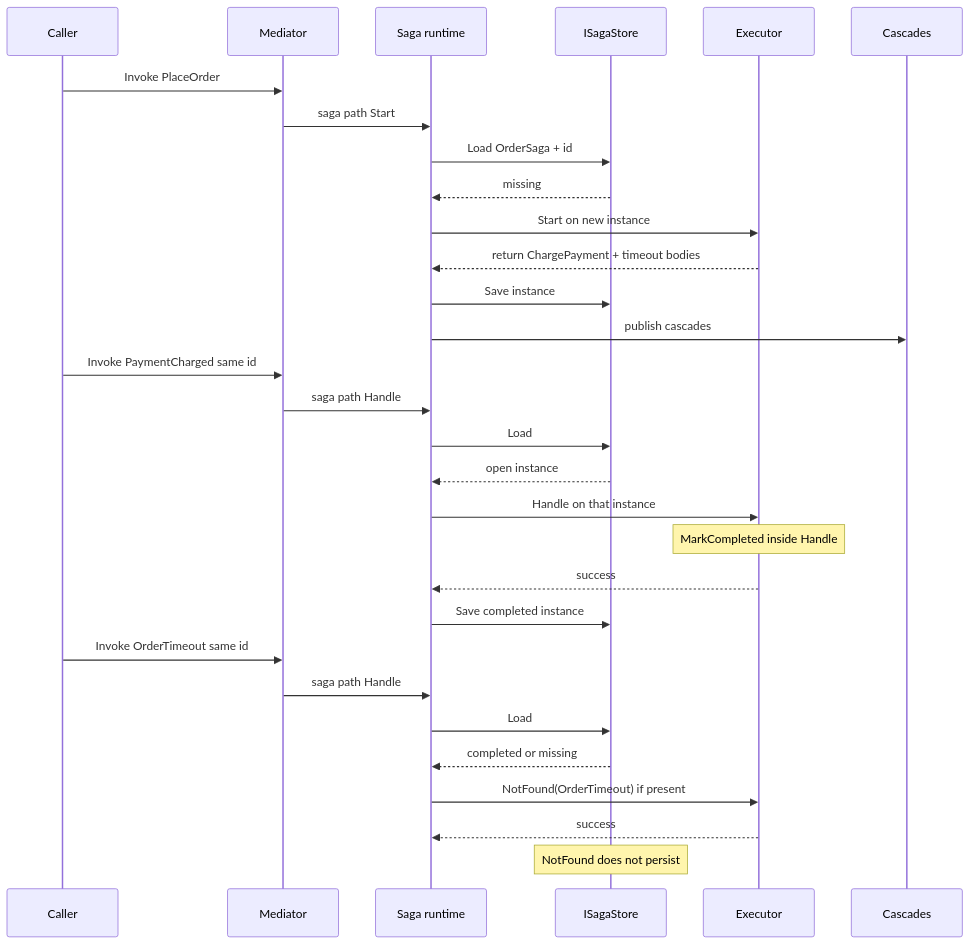
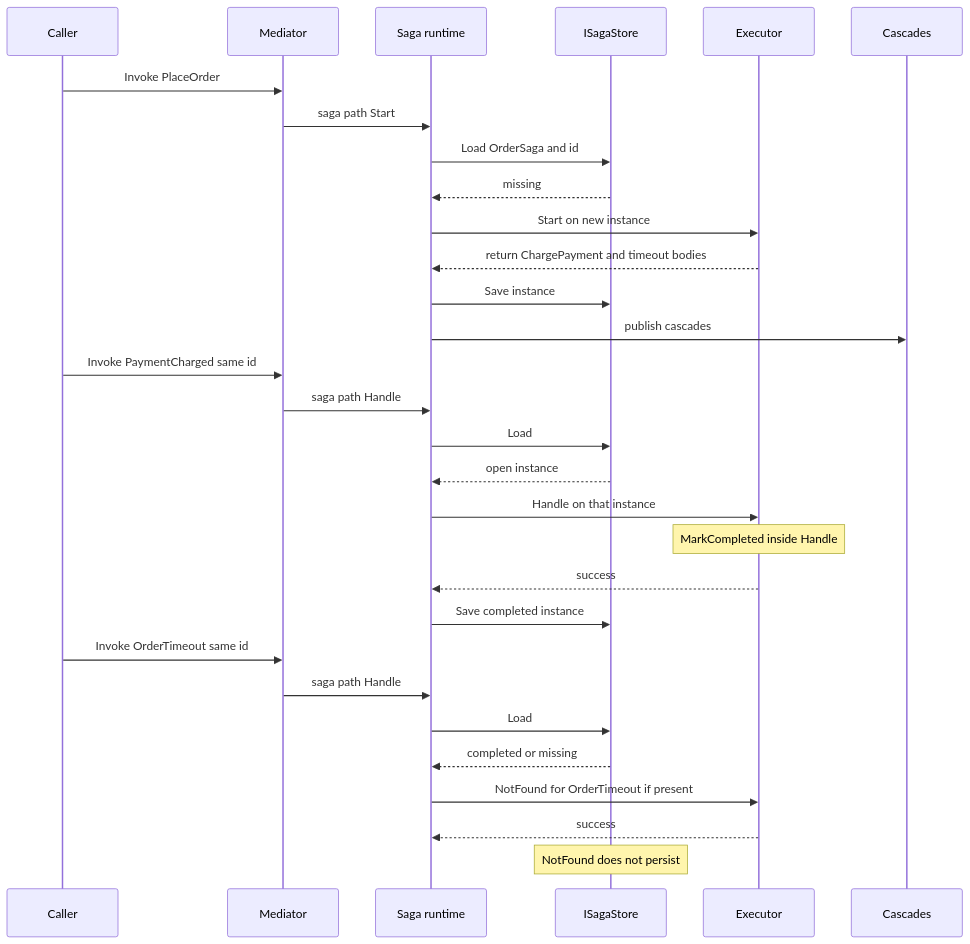
Before and after one commit to charliemartin0/Miniverine: the second of 2 diagrams in specs/miniverine-application-sagas.md, drawn with Mermaid. The commit also changed other lines of this file and 10 other files, not shown here.

````diff
--- a/specs/miniverine-application-sagas.md
+++ b/specs/miniverine-application-sagas.md
@@ -187,35 +187,35 @@
 ```mermaid
 sequenceDiagram
   participant C as Caller
   participant M as Mediator
   participant S as Saga runtime
   participant Store as ISagaStore
   participant X as Executor
   participant Out as Cascades
 
   C->>M: Invoke PlaceOrder
   M->>S: saga path Start
-  S->>Store: Load OrderSaga + id
+  S->>Store: Load OrderSaga and id
   Store-->>S: missing
   S->>X: Start on new instance
-  X-->>S: return ChargePayment + timeout bodies
+  X-->>S: return ChargePayment and timeout bodies
   S->>Store: Save instance
   S->>Out: publish cascades
 
   C->>M: Invoke PaymentCharged same id
   M->>S: saga path Handle
   S->>Store: Load
   Store-->>S: open instance
   S->>X: Handle on that instance
   Note over X: MarkCompleted inside Handle
   X-->>S: success
   S->>Store: Save completed instance
 
   C->>M: Invoke OrderTimeout same id
   M->>S: saga path Handle
   S->>Store: Load
   Store-->>S: completed or missing
-  S->>X: NotFound(OrderTimeout) if present
+  S->>X: NotFound for OrderTimeout if present
   X-->>S: success
   Note over Store: NotFound does not persist
 ```
````
